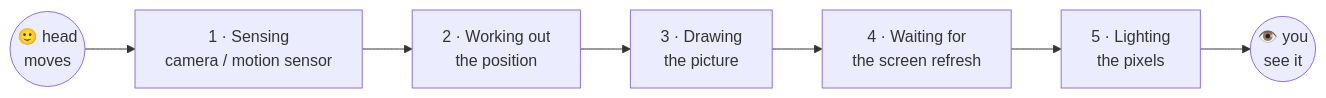
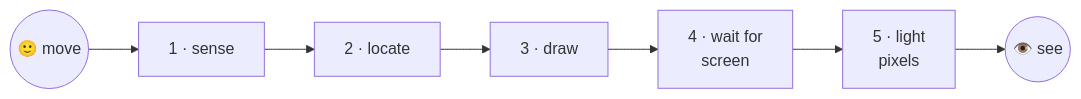
The third of 3 diagrams in README.md (06pratyush/delay_lab), drawn with Mermaid before and after one commit. The commit also changed other lines of this file, not shown here.

Commit message:
docs: shorter Mermaid labels so the diagrams render larger

````diff
--- a/README.md
+++ b/README.md
@@ -195,4 +196,4 @@
 ```mermaid
 flowchart LR
-    M(("🙂 head<br/>moves")) --> S1["1 · Sensing<br/>camera / motion sensor"] --> S2["2 · Working out<br/>the position"] --> S3["3 · Drawing<br/>the picture"] --> S4["4 · Waiting for<br/>the screen refresh"] --> S5["5 · Lighting<br/>the pixels"] --> E(("👁️ you<br/>see it"))
+    M(("🙂 move")) --> S1["1 · sense"] --> S2["2 · locate"] --> S3["3 · draw"] --> S4["4 · wait for<br/>screen"] --> S5["5 · light<br/>pixels"] --> E(("👁️ see"))
 ```
````
